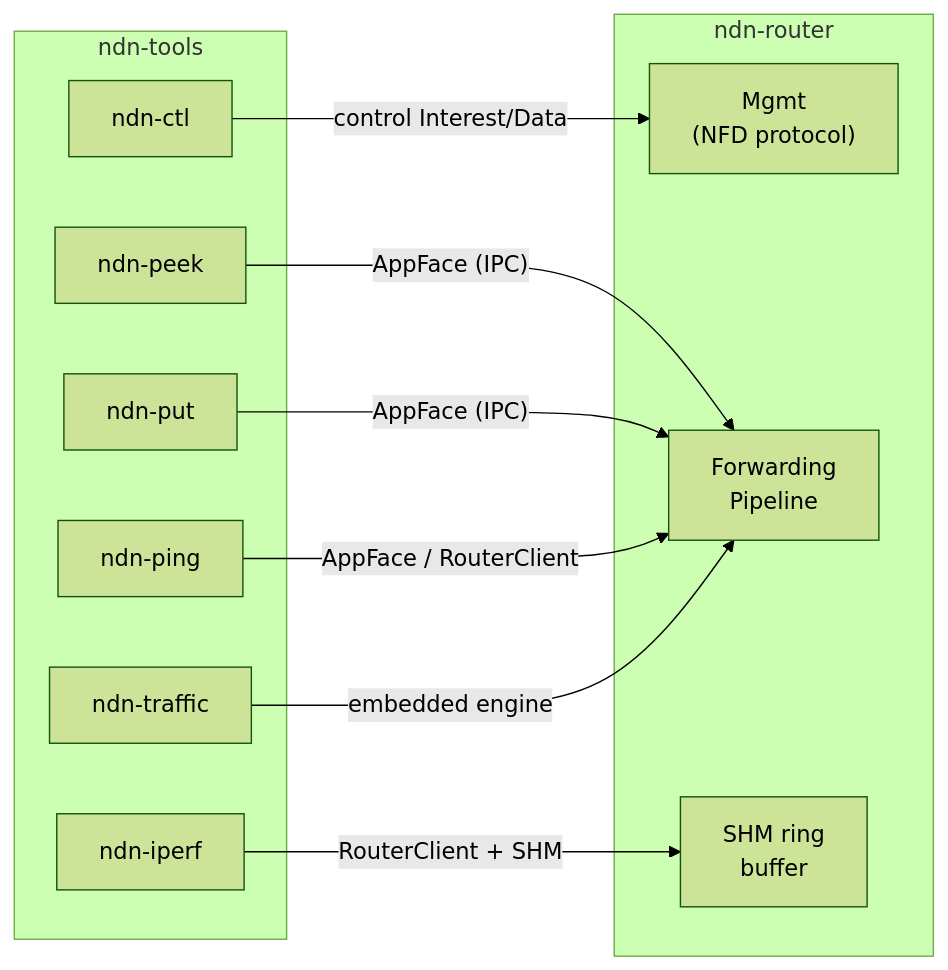
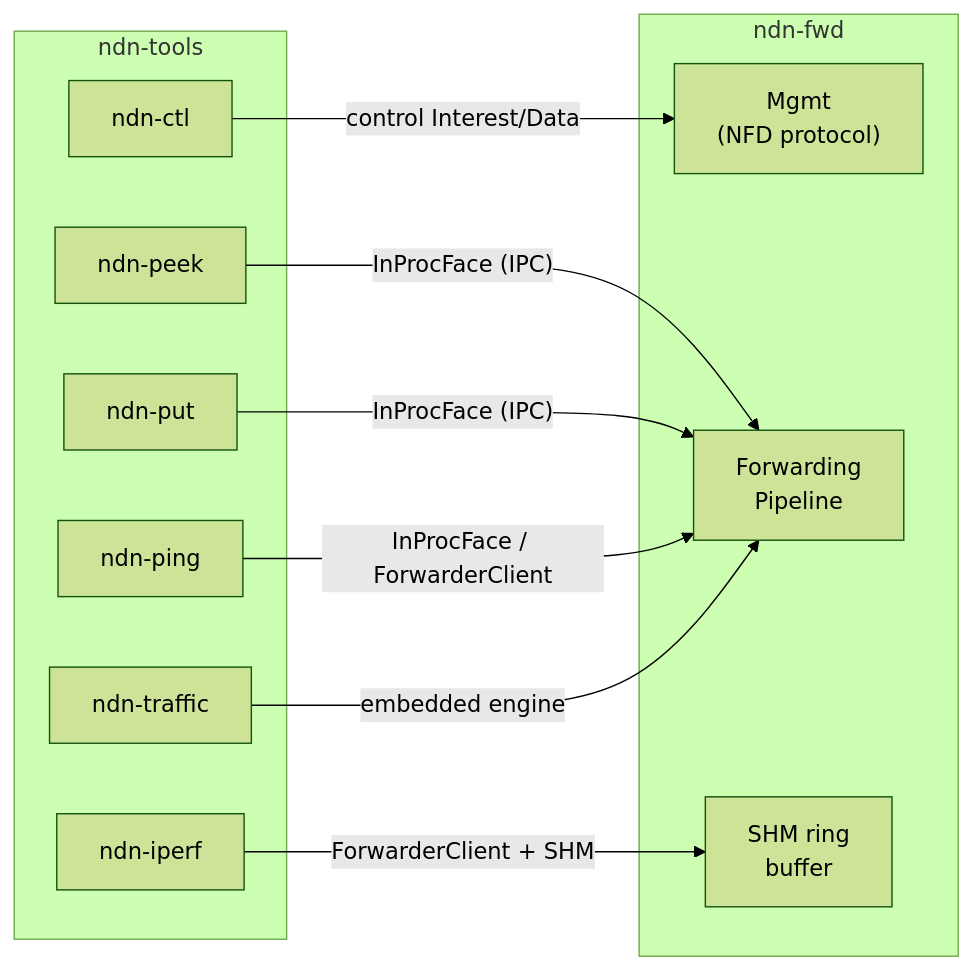
The diagram in docs/wiki/src/guides/cli-tools.md (Quarmire/ndn-rs), drawn with Mermaid (forest theme) before and after one commit. The commit also changed other lines of this file and 29 other files, not shown here.

First line of the commit message:
docs: update ARCHITECTURE.md, wiki, and CHANGELOG for v0.1.0

````diff
--- a/docs/wiki/src/guides/cli-tools.md
+++ b/docs/wiki/src/guides/cli-tools.md
@@ -7,24 +7,24 @@
 ```mermaid
 flowchart LR
     subgraph "ndn-tools"
         peek["ndn-peek"]
         put["ndn-put"]
         ping["ndn-ping"]
         iperf["ndn-iperf"]
         traffic["ndn-traffic"]
         ctl["ndn-ctl"]
     end
 
-    subgraph "ndn-router"
+    subgraph "ndn-fwd"
         mgmt["Mgmt\n(NFD protocol)"]
         pipeline["Forwarding\nPipeline"]
         shm["SHM ring\nbuffer"]
     end
 
     ctl -- "control Interest/Data" --> mgmt
-    peek -- "AppFace (IPC)" --> pipeline
-    put -- "AppFace (IPC)" --> pipeline
-    ping -- "AppFace / RouterClient" --> pipeline
-    iperf -- "RouterClient + SHM" --> shm
+    peek -- "InProcFace (IPC)" --> pipeline
+    put -- "InProcFace (IPC)" --> pipeline
+    ping -- "InProcFace / ForwarderClient" --> pipeline
+    iperf -- "ForwarderClient + SHM" --> shm
     traffic -- "embedded engine" --> pipeline
 ```
````
